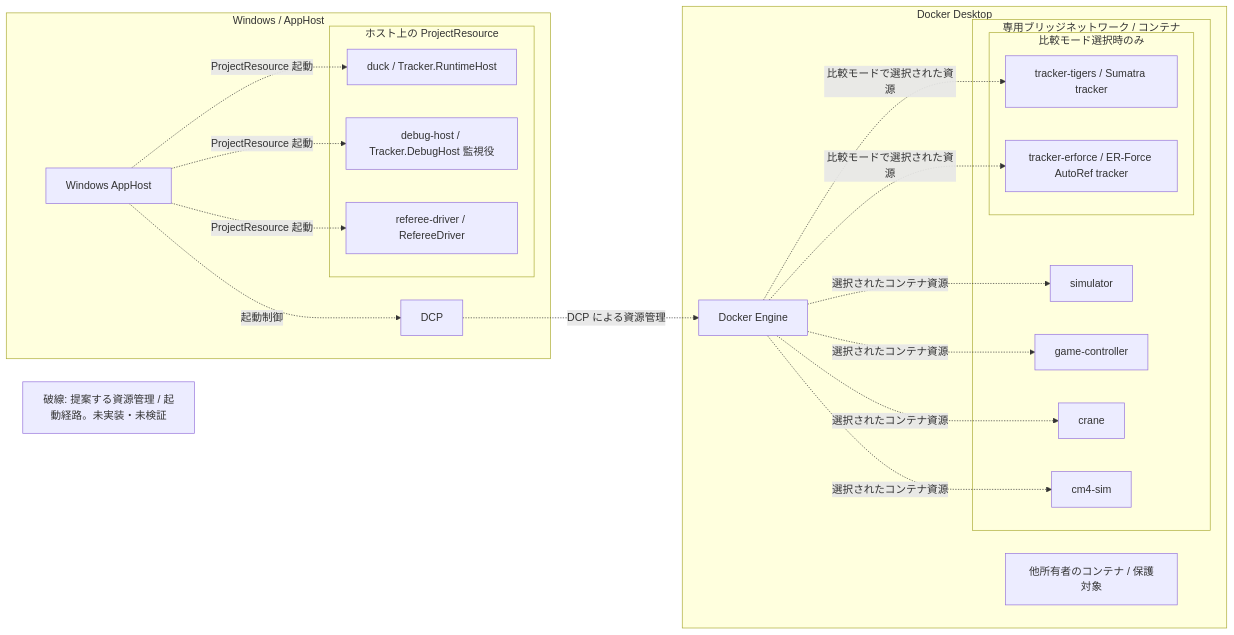
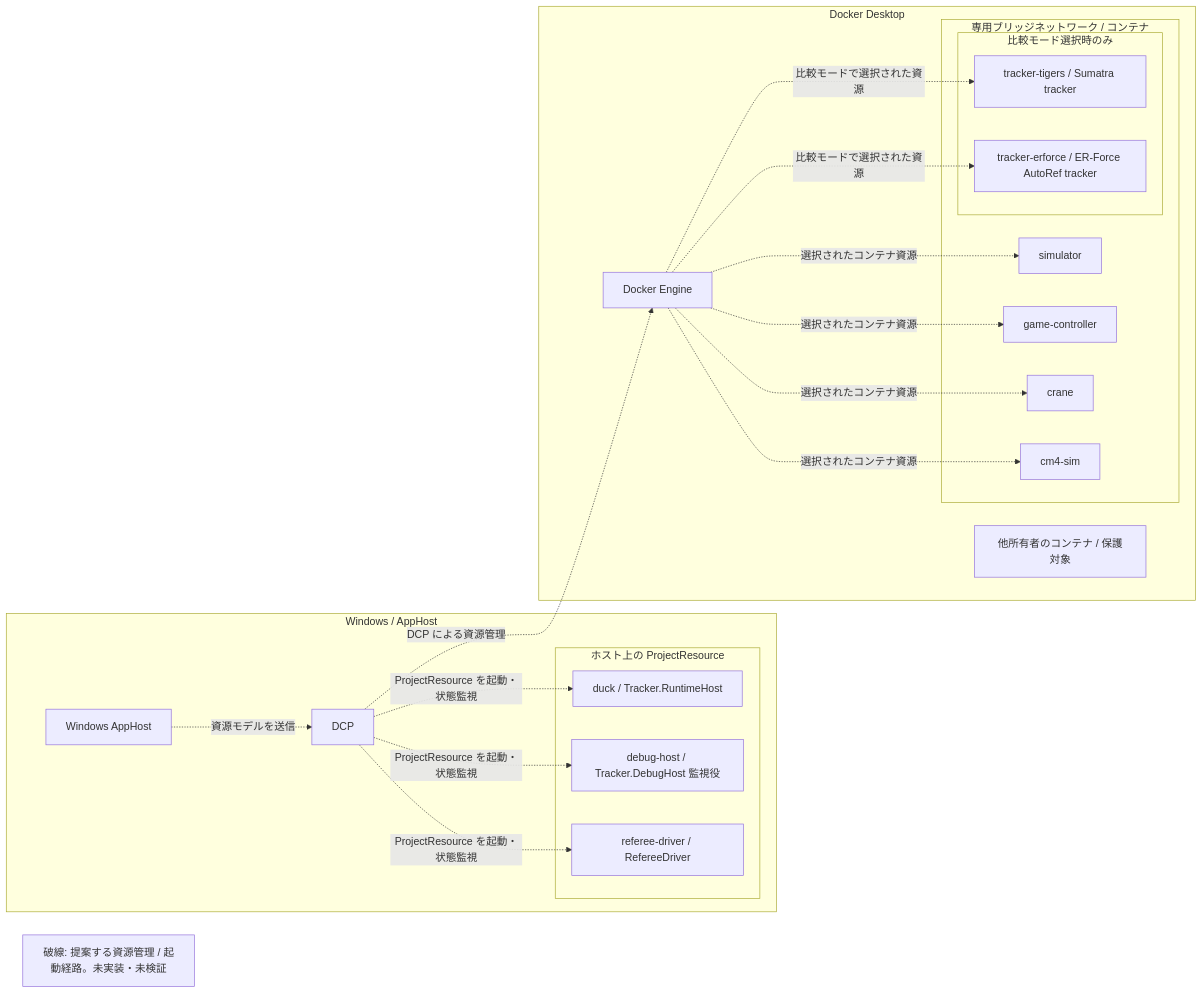
The first of 3 diagrams in Tracker/Design/Testing/aspire-simulation-test-environment.md (ibis-ssl/Duck), drawn with Mermaid before and after one commit. The commit also changed other lines of this file, not shown here.

Commit message:
docs: correct Aspire DCP lifecycle diagrams

````diff
--- a/Tracker/Design/Testing/aspire-simulation-test-environment.md
+++ b/Tracker/Design/Testing/aspire-simulation-test-environment.md
@@ -35,38 +35,38 @@
 ```mermaid
 flowchart LR
  subgraph win[Windows / AppHost]
   app[Windows AppHost]
   dcp[DCP]
   subgraph projects[ホスト上の ProjectResource]
    duck[duck / Tracker.RuntimeHost]
    debug[debug-host / Tracker.DebugHost 監視役]
    ref[referee-driver / RefereeDriver]
   end
-  app -. 起動制御 .-> dcp
-  app -. ProjectResource 起動 .-> duck
-  app -. ProjectResource 起動 .-> debug
-  app -. ProjectResource 起動 .-> ref
+  app -. 資源モデルを送信 .-> dcp
+  dcp -. ProjectResource を起動・状態監視 .-> duck
+  dcp -. ProjectResource を起動・状態監視 .-> debug
+  dcp -. ProjectResource を起動・状態監視 .-> ref
  end
  subgraph desktop[Docker Desktop]
   engine[Docker Engine]
   subgraph bridge[専用ブリッジネットワーク / コンテナ]
    sim[simulator]
    gc[game-controller]
    crane[crane]
    cm4[cm4-sim]
    subgraph optional[比較モード選択時のみ]
     tigers[tracker-tigers / Sumatra tracker]
     erforce[tracker-erforce / ER-Force AutoRef tracker]
    end
   end
   foreign[他所有者のコンテナ / 保護対象]
  end
  dcp -. DCP による資源管理 .-> engine
  engine -. 選択されたコンテナ資源 .-> sim
  engine -. 選択されたコンテナ資源 .-> gc
  engine -. 選択されたコンテナ資源 .-> crane
  engine -. 選択されたコンテナ資源 .-> cm4
  engine -. 比較モードで選択された資源 .-> tigers
  engine -. 比較モードで選択された資源 .-> erforce
  legend[破線: 提案する資源管理 / 起動経路。未実装・未検証]
 ```
````
